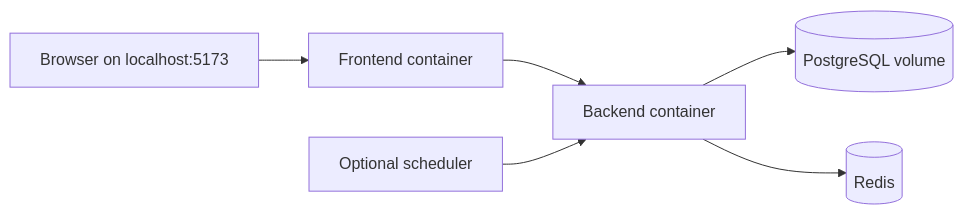
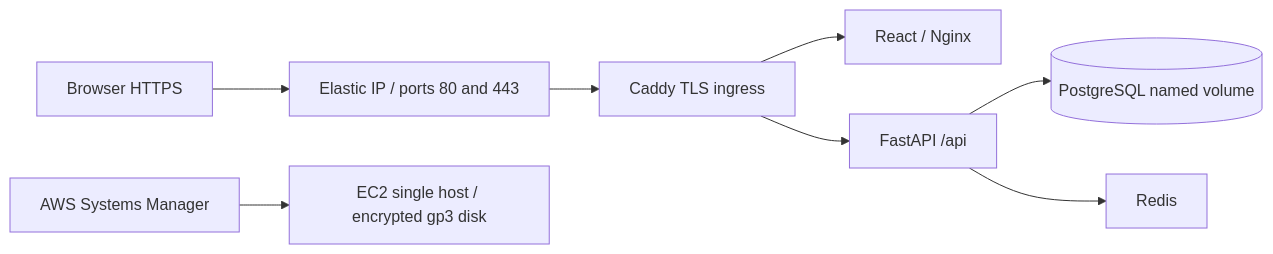
The diagram in docs/deployment/IAC_STATUS.md (ensommeille/JobPilot-SG), drawn with Mermaid before and after one commit. The commit also changed other lines of this file and 7 other files, not shown here.

````diff
--- a/docs/deployment/IAC_STATUS.md
+++ b/docs/deployment/IAC_STATUS.md
@@ -11,8 +23,10 @@
 ```mermaid
 flowchart LR
-  B[Browser on localhost:5173] --> F[Frontend container]
-  F --> A[Backend container]
-  A --> P[(PostgreSQL volume)]
-  A --> R[(Redis)]
-  S[Optional scheduler] --> A
+  B[Browser HTTPS] --> IP[Elastic IP / ports 80 and 443]
+  IP --> C[Caddy TLS ingress]
+  C --> F[React / Nginx]
+  C --> A[FastAPI /api]
+  A --> P[(PostgreSQL named volume)]
+  A --> R[Redis]
+  S[AWS Systems Manager] --> E[EC2 single host / encrypted gp3 disk]
 ```
````
